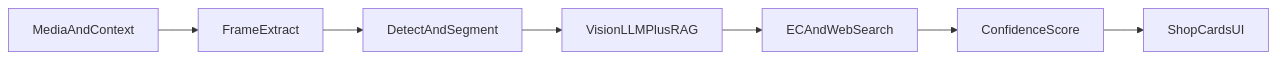
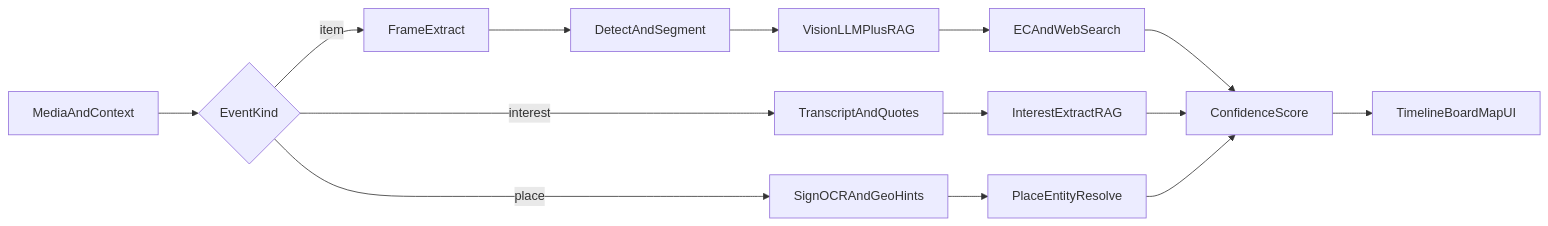
Before and after one commit to maouM-cmd/-: the diagram in business-ops/briefs/oshi-item-finder-brief.md, drawn with Mermaid. The commit also changed other lines of this file, not shown here.

First line of the commit message:
docs: expand Oshi Item Finder to oshi context visualization

````diff
--- a/business-ops/briefs/oshi-item-finder-brief.md
+++ b/business-ops/briefs/oshi-item-finder-brief.md
@@ -90,9 +149,16 @@
 ```mermaid
 flowchart LR
-  input[MediaAndContext] --> frames[FrameExtract]
+  input[MediaAndContext] --> branch{EventKind}
+  branch -->|item| frames[FrameExtract]
   frames --> detect[DetectAndSegment]
   detect --> multimodal[VisionLLMPlusRAG]
   multimodal --> search[ECAndWebSearch]
   search --> score[ConfidenceScore]
-  score --> output[ShopCardsUI]
+  branch -->|interest| asr[TranscriptAndQuotes]
+  asr --> interestLlm[InterestExtractRAG]
+  interestLlm --> score
+  branch -->|place| ocr[SignOCRAndGeoHints]
+  ocr --> placeRes[PlaceEntityResolve]
+  placeRes --> score
+  score --> output[TimelineBoardMapUI]
 ```
````
